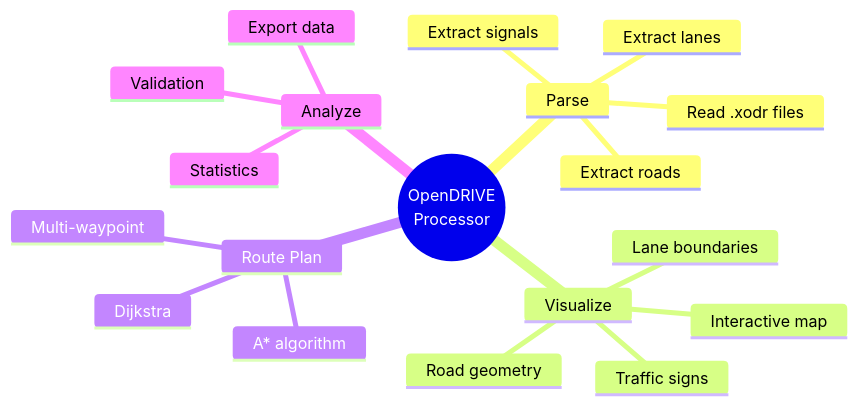
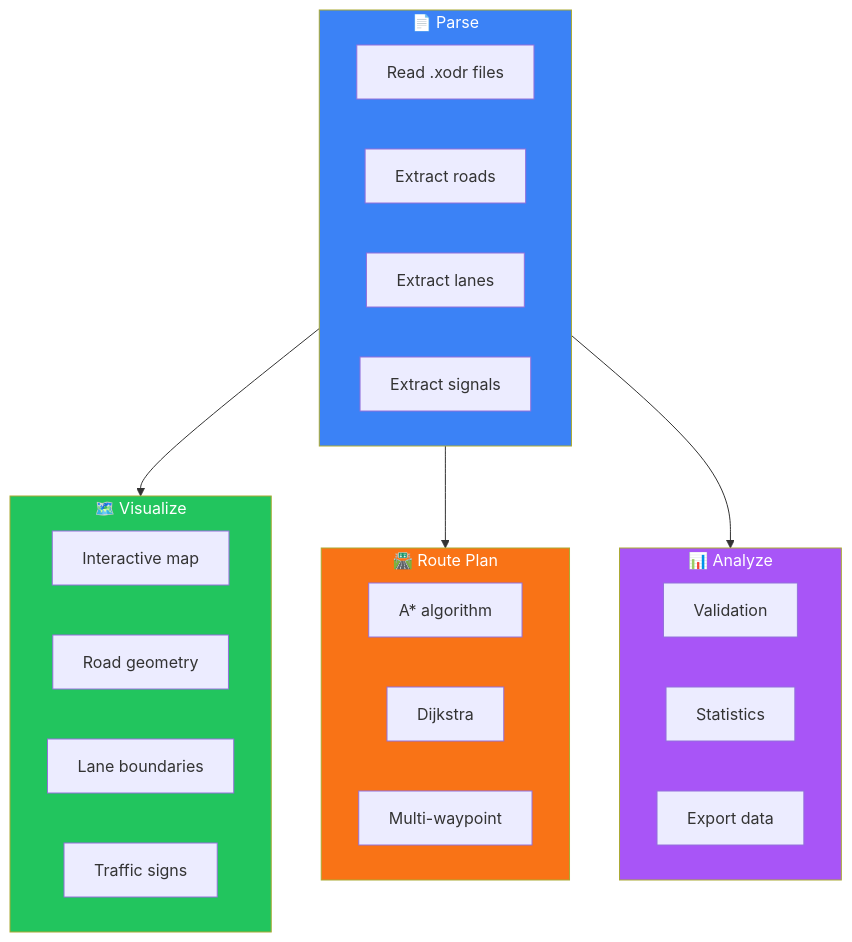
The second of 4 diagrams in README.md (VineethKumar7/opendrive-processor), drawn with Mermaid before and after one commit.

Commit message:
Fix Features diagram - replace mindmap with flowchart

````diff
--- a/README.md
+++ b/README.md
@@ -87,22 +87,37 @@
 ```mermaid
-mindmap
-  root((OpenDRIVE<br/>Processor))
-    Parse
-      Read .xodr files
-      Extract roads
-      Extract lanes
-      Extract signals
-    Visualize
-      Interactive map
-      Road geometry
-      Lane boundaries
-      Traffic signs
-    Route Plan
-      A* algorithm
-      Dijkstra
-      Multi-waypoint
-    Analyze
-      Validation
-      Statistics
-      Export data
+flowchart TB
+    subgraph Parse["📄 Parse"]
+        P1[Read .xodr files]
+        P2[Extract roads]
+        P3[Extract lanes]
+        P4[Extract signals]
+    end
+
+    subgraph Visualize["🗺️ Visualize"]
+        V1[Interactive map]
+        V2[Road geometry]
+        V3[Lane boundaries]
+        V4[Traffic signs]
+    end
+
+    subgraph Route["🛣️ Route Plan"]
+        R1[A* algorithm]
+        R2[Dijkstra]
+        R3[Multi-waypoint]
+    end
+
+    subgraph Analyze["📊 Analyze"]
+        A1[Validation]
+        A2[Statistics]
+        A3[Export data]
+    end
+
+    Parse --> Visualize
+    Parse --> Route
+    Parse --> Analyze
+
+    style Parse fill:#3b82f6,color:#fff
+    style Visualize fill:#22c55e,color:#fff
+    style Route fill:#f97316,color:#fff
+    style Analyze fill:#a855f7,color:#fff
 ```
````
